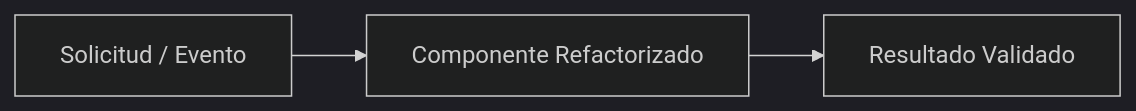
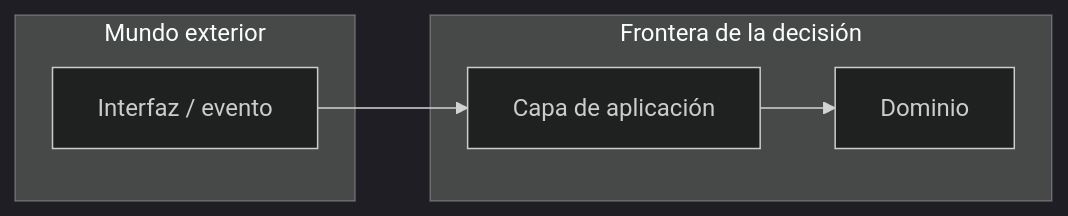
Before and after one commit to lauraNcetinaS18/ISIA-LauraCetina: the diagram in docs/adr/000-template.md, drawn with Mermaid (dark theme). The commit also changed other lines of this file and 83 other files, not shown here.

````diff
--- a/docs/adr/000-template.md
+++ b/docs/adr/000-template.md
@@ -34,5 +32,11 @@
 ```mermaid
 flowchart LR
-    A["Solicitud / Evento"] --> B["Componente Refactorizado"]
-    B --> C["Resultado Validado"]
+    subgraph Exterior["Mundo exterior"]
+        Cliente["Interfaz / evento"]
+    end
+    subgraph Sistema["Frontera de la decisión"]
+        Aplicacion["Capa de aplicación"]
+        Nucleo["Dominio"]
+    end
+    Cliente --> Aplicacion --> Nucleo
 ```
````
